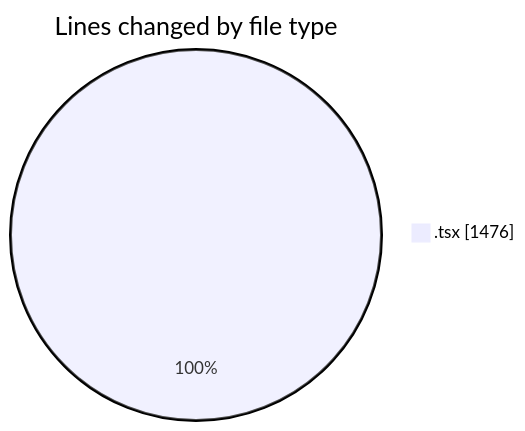
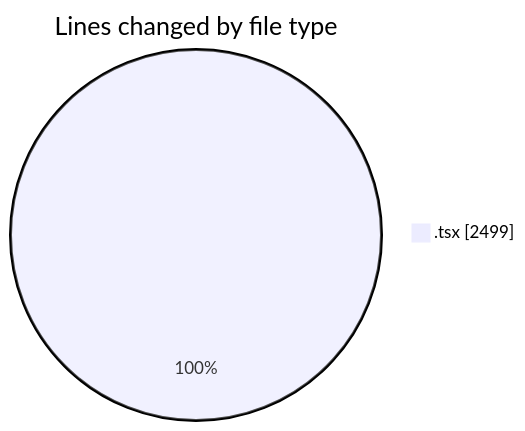
Before and after one commit to nxtqubesakshisongat/code-tracking: the first of 2 diagrams in 2026-05-22/nxtqube_webapp/README.md, drawn with Mermaid. The commit also changed other lines of this file and 1 other file, not shown here.

````diff
--- a/2026-05-22/nxtqube_webapp/README.md
+++ b/2026-05-22/nxtqube_webapp/README.md
@@ -20,5 +22,5 @@
 ```mermaid
 pie showData
 title Lines changed by file type
-".tsx" : 1476
+".tsx" : 2499
 ```
````
